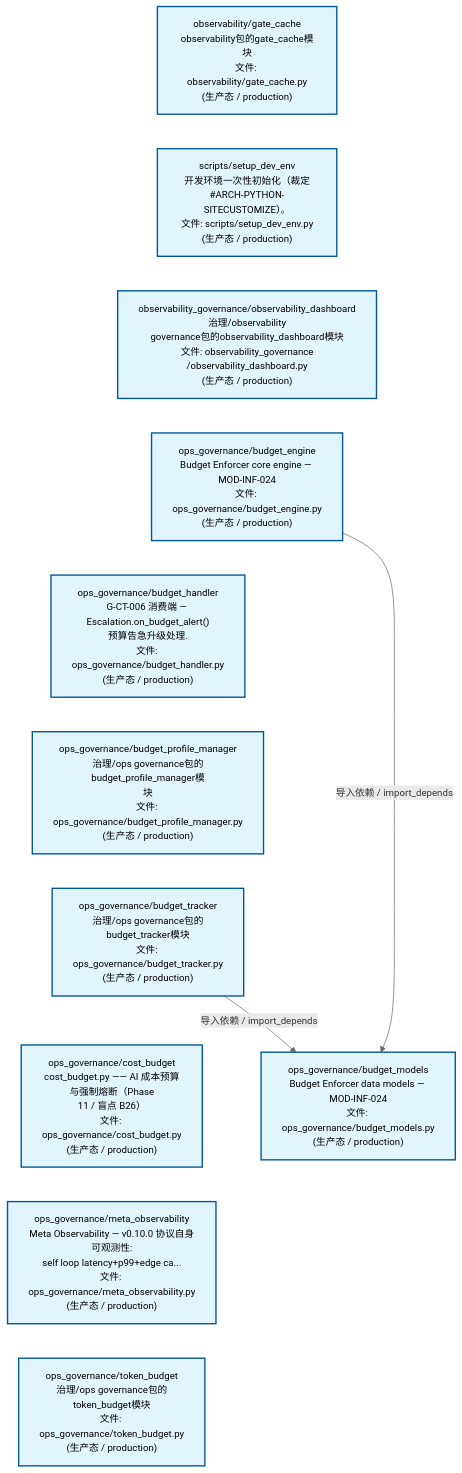
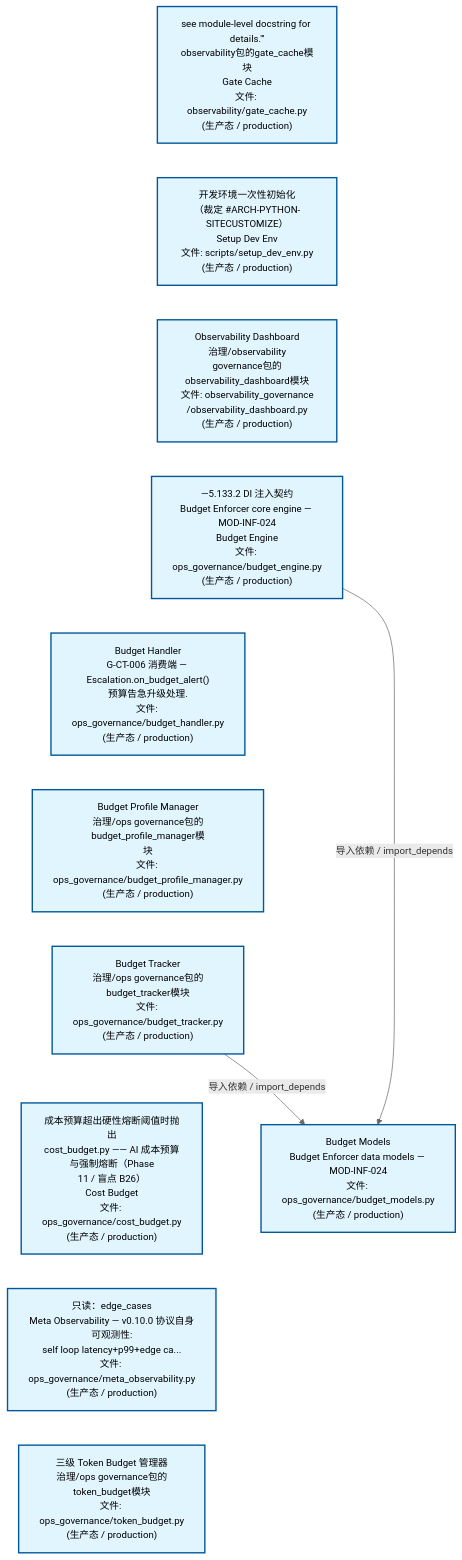
The second of 3 diagrams in docs/02_enterprise_architecture/02_domain_architecture_docs/24_d_ops.md (xuanFelixVan/ZephyrAlpha), drawn with Mermaid before and after one commit. The commit also changed other lines of this file and 58 other files, not shown here.

````diff
--- a/docs/02_enterprise_architecture/02_domain_architecture_docs/24_d_ops.md
+++ b/docs/02_enterprise_architecture/02_domain_architecture_docs/24_d_ops.md
@@ -127,31 +127,31 @@
 ```mermaid
 %%{init: {'theme': 'base', 'themeVariables': {'primaryColor': '#eaeaea', 'primaryTextColor': '#333333', 'primaryBorderColor': '#666666', 'lineColor': '#666666', 'secondaryColor': '#eaeaea', 'tertiaryColor': '#eaeaea', 'fontSize': '14px'}}}%%
 flowchart TD
-    scripts_governance_observability_gate_cache_py["observability/gate_cache<br/>observability包的gate_cache模块<br/>文件: observability/gate_cache.py<br/>(生产态 / production)"]
-    scripts_setup_dev_env_py["scripts/setup_dev_env<br/>开发环境一次性初始化（裁定<br/>#ARCH-PYTHON-SITECUSTOMIZE）。<br/>文件: scripts/setup_dev_env.py<br/>(生产态 / production)"]
-    src_zephyr_governance_observability_governance_observability_dashboard_py["observability_governance/observability_dashboard<br/>治理/observability<br/>governance包的observability_dashboard模块<br/>文件: observability_governance<br/>/observability_dashboard.py<br/>(生产态 / production)"]
-    src_zephyr_governance_ops_governance_budget_engine_py["ops_governance/budget_engine<br/>Budget Enforcer core engine — MOD-INF-024<br/>文件: ops_governance/budget_engine.py<br/>(生产态 / production)"]
-    src_zephyr_governance_ops_governance_budget_handler_py["ops_governance/budget_handler<br/>G-CT-006 消费端 — Escalation.on_budget_alert()<br/>预算告急升级处理.<br/>文件: ops_governance/budget_handler.py<br/>(生产态 / production)"]
-    src_zephyr_governance_ops_governance_budget_profile_manager_py["ops_governance/budget_profile_manager<br/>治理/ops governance包的budget_profile_manager模<br/>块<br/>文件: ops_governance/budget_profile_manager.py<br/>(生产态 / production)"]
-    src_zephyr_governance_ops_governance_budget_tracker_py["ops_governance/budget_tracker<br/>治理/ops governance包的budget_tracker模块<br/>文件: ops_governance/budget_tracker.py<br/>(生产态 / production)"]
-    src_zephyr_governance_ops_governance_cost_budget_py["ops_governance/cost_budget<br/>cost_budget.py —— AI 成本预算与强制熔断（Phase<br/>11 / 盲点 B26）<br/>文件: ops_governance/cost_budget.py<br/>(生产态 / production)"]
-    src_zephyr_governance_ops_governance_meta_observability_py["ops_governance/meta_observability<br/>Meta Observability — v0.10.0 协议自身可观测性:<br/>self loop latency+p99+edge ca...<br/>文件: ops_governance/meta_observability.py<br/>(生产态 / production)"]
-    src_zephyr_governance_ops_governance_token_budget_py["ops_governance/token_budget<br/>治理/ops governance包的token_budget模块<br/>文件: ops_governance/token_budget.py<br/>(生产态 / production)"]
+    scripts_governance_observability_gate_cache_py["see module-level docstring for details.'''<br/>observability包的gate_cache模块<br/>Gate Cache<br/>文件: observability/gate_cache.py<br/>(生产态 / production)"]
+    scripts_setup_dev_env_py["开发环境一次性初始化<br/>（裁定 #ARCH-PYTHON-SITECUSTOMIZE）<br/>Setup Dev Env<br/>文件: scripts/setup_dev_env.py<br/>(生产态 / production)"]
+    src_zephyr_governance_observability_governance_observability_dashboard_py["Observability Dashboard<br/>治理/observability<br/>governance包的observability_dashboard模块<br/>文件: observability_governance<br/>/observability_dashboard.py<br/>(生产态 / production)"]
+    src_zephyr_governance_ops_governance_budget_engine_py["—5.133.2 DI 注入契约<br/>Budget Enforcer core engine — MOD-INF-024<br/>Budget Engine<br/>文件: ops_governance/budget_engine.py<br/>(生产态 / production)"]
+    src_zephyr_governance_ops_governance_budget_handler_py["Budget Handler<br/>G-CT-006 消费端 — Escalation.on_budget_alert()<br/>预算告急升级处理.<br/>文件: ops_governance/budget_handler.py<br/>(生产态 / production)"]
+    src_zephyr_governance_ops_governance_budget_profile_manager_py["Budget Profile Manager<br/>治理/ops governance包的budget_profile_manager模<br/>块<br/>文件: ops_governance/budget_profile_manager.py<br/>(生产态 / production)"]
+    src_zephyr_governance_ops_governance_budget_tracker_py["Budget Tracker<br/>治理/ops governance包的budget_tracker模块<br/>文件: ops_governance/budget_tracker.py<br/>(生产态 / production)"]
+    src_zephyr_governance_ops_governance_cost_budget_py["成本预算超出硬性熔断阈值时抛出<br/>cost_budget.py —— AI 成本预算与强制熔断（Phase<br/>11 / 盲点 B26）<br/>Cost Budget<br/>文件: ops_governance/cost_budget.py<br/>(生产态 / production)"]
+    src_zephyr_governance_ops_governance_meta_observability_py["只读：edge_cases<br/>Meta Observability — v0.10.0 协议自身可观测性:<br/>self loop latency+p99+edge ca...<br/>文件: ops_governance/meta_observability.py<br/>(生产态 / production)"]
+    src_zephyr_governance_ops_governance_token_budget_py["三级 Token Budget 管理器<br/>治理/ops governance包的token_budget模块<br/>文件: ops_governance/token_budget.py<br/>(生产态 / production)"]
     scripts_governance_observability_gate_cache_py ~~~ scripts_setup_dev_env_py
     scripts_setup_dev_env_py ~~~ src_zephyr_governance_observability_governance_observability_dashboard_py
     src_zephyr_governance_observability_governance_observability_dashboard_py ~~~ src_zephyr_governance_ops_governance_budget_engine_py
     src_zephyr_governance_ops_governance_budget_engine_py ~~~ src_zephyr_governance_ops_governance_budget_handler_py
     src_zephyr_governance_ops_governance_budget_handler_py ~~~ src_zephyr_governance_ops_governance_budget_profile_manager_py
     src_zephyr_governance_ops_governance_budget_profile_manager_py ~~~ src_zephyr_governance_ops_governance_budget_tracker_py
     src_zephyr_governance_ops_governance_budget_tracker_py ~~~ src_zephyr_governance_ops_governance_cost_budget_py
     src_zephyr_governance_ops_governance_cost_budget_py ~~~ src_zephyr_governance_ops_governance_meta_observability_py
     src_zephyr_governance_ops_governance_meta_observability_py ~~~ src_zephyr_governance_ops_governance_token_budget_py
-    src_zephyr_governance_ops_governance_budget_models_py["ops_governance/budget_models<br/>Budget Enforcer data models — MOD-INF-024<br/>文件: ops_governance/budget_models.py<br/>(生产态 / production)"]
+    src_zephyr_governance_ops_governance_budget_models_py["Budget Models<br/>Budget Enforcer data models — MOD-INF-024<br/>文件: ops_governance/budget_models.py<br/>(生产态 / production)"]
     src_zephyr_governance_ops_governance_budget_engine_py -->|导入依赖 / import_depends| src_zephyr_governance_ops_governance_budget_models_py
     src_zephyr_governance_ops_governance_budget_tracker_py -->|导入依赖 / import_depends| src_zephyr_governance_ops_governance_budget_models_py
     classDef production fill:#e1f5fe,stroke:#01579b,stroke-width:2px,color:#000
     classDef design fill:#fff3e0,stroke:#e65100,stroke-width:2px,color:#000,stroke-dasharray: 5 5
     classDef external_prod fill:#e8f4fd,stroke:#0277bd,stroke-width:1px,color:#000
     classDef external_design fill:#fff8e7,stroke:#ef6c00,stroke-width:1px,color:#000,stroke-dasharray: 5 5
     class scripts_governance_observability_gate_cache_py,scripts_setup_dev_env_py,src_zephyr_governance_observability_governance_observability_dashboard_py,src_zephyr_governance_ops_governance_budget_engine_py,src_zephyr_governance_ops_governance_budget_handler_py,src_zephyr_governance_ops_governance_budget_models_py,src_zephyr_governance_ops_governance_budget_profile_manager_py,src_zephyr_governance_ops_governance_budget_tracker_py,src_zephyr_governance_ops_governance_cost_budget_py,src_zephyr_governance_ops_governance_meta_observability_py,src_zephyr_governance_ops_governance_token_budget_py production
 ```
````
